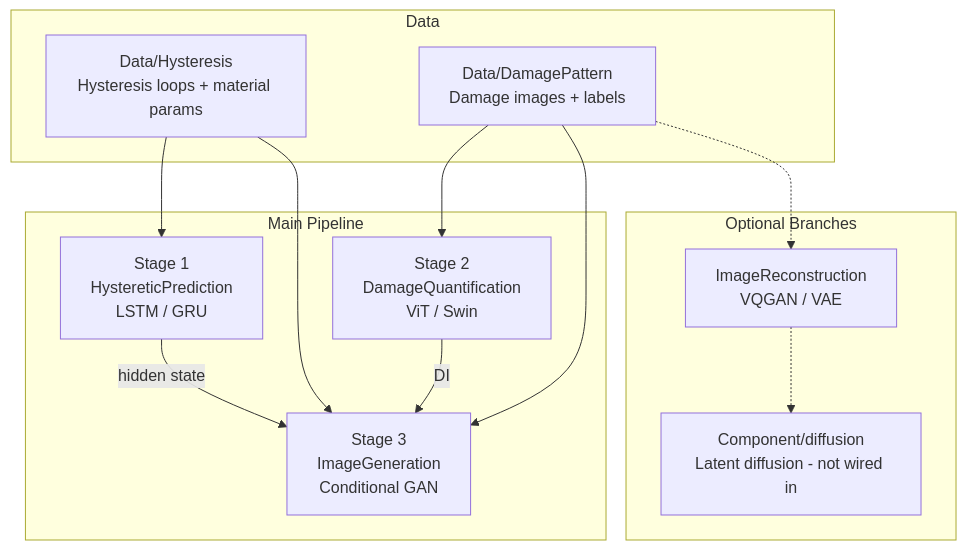
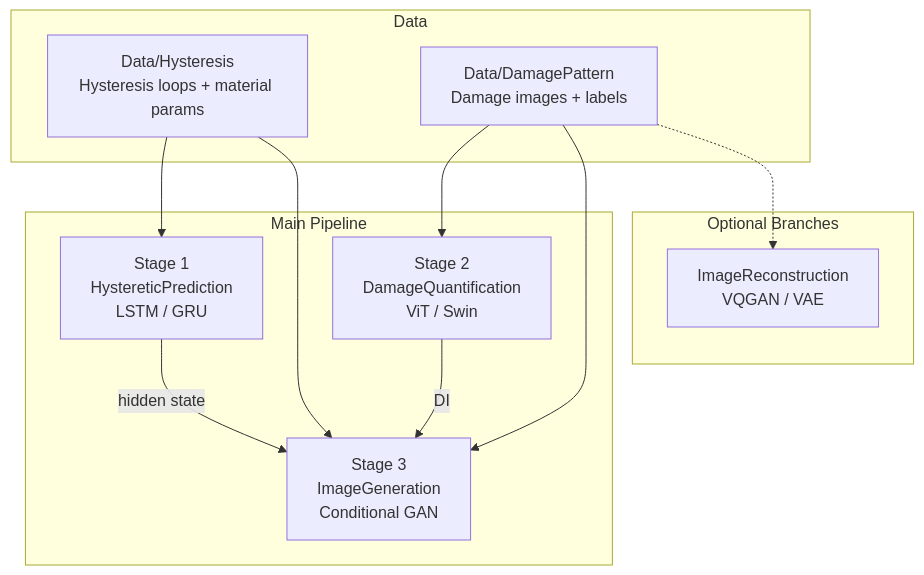
The first of 3 diagrams in ARCHITECTURE.md (samfang802/phyrc-net), drawn with Mermaid before and after one commit. The commit also changed other lines of this file and 18 other files, not shown here.

````diff
--- a/ARCHITECTURE.md
+++ b/ARCHITECTURE.md
@@ -13,27 +13,25 @@
 ```mermaid
 flowchart TB
     subgraph Data
         D1[Data/Hysteresis<br/>Hysteresis loops + material params]
         D2[Data/DamagePattern<br/>Damage images + labels]
     end
 
     subgraph Main Pipeline
         S1[Stage 1<br/>HystereticPrediction<br/>LSTM / GRU]
         S2[Stage 2<br/>DamageQuantification<br/>ViT / Swin]
         S3[Stage 3<br/>ImageGeneration<br/>Conditional GAN]
     end
 
     subgraph Optional Branches
         R[ImageReconstruction<br/>VQGAN / VAE]
-        DF[Component/diffusion<br/>Latent diffusion - not wired in]
     end
 
     D1 --> S1
     S1 -->|hidden state| S3
     D2 --> S2
     S2 -->|DI| S3
     D1 --> S3
     D2 --> S3
     D2 -.-> R
-    R -.-> DF
 ```
````
